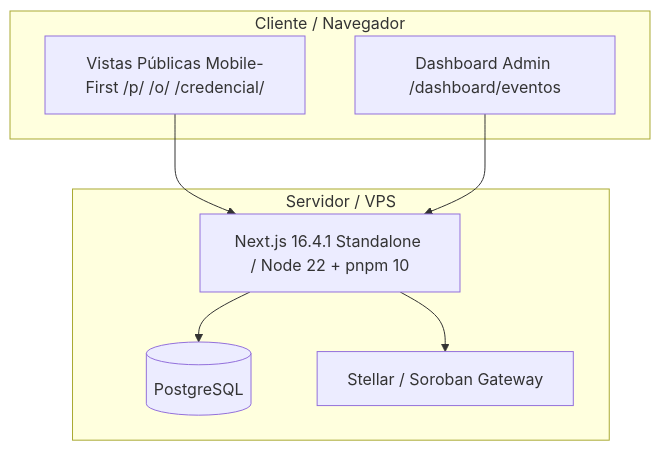
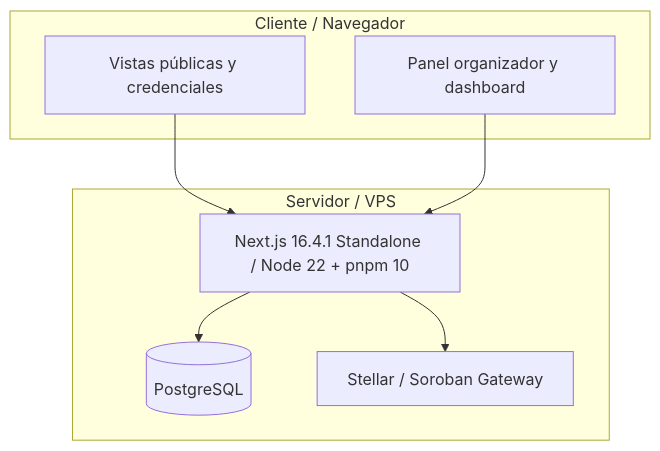
The diagram in README.md (viniciorm/culturago-stellar), drawn with Mermaid before and after one commit. The commit also changed other lines of this file, not shown here.

````diff
--- a/README.md
+++ b/README.md
@@ -28,18 +44,18 @@
 ```mermaid
 graph TD
     subgraph Cliente / Navegador
-        Public[Vistas Públicas Mobile-First /p/ /o/ /credencial/]
-        AdminUI[Dashboard Admin /dashboard/eventos]
+        Public[Vistas públicas y credenciales]
+        AdminUI[Panel organizador y dashboard]
     end
 
     subgraph Servidor / VPS
         NextApp[Next.js 16.4.1 Standalone / Node 22 + pnpm 10]
         PostgreSQL[(PostgreSQL)]
         StellarModule[Stellar / Soroban Gateway]
     end
 
     Public --> NextApp
     AdminUI --> NextApp
     NextApp --> PostgreSQL
     NextApp --> StellarModule
 ```
````
